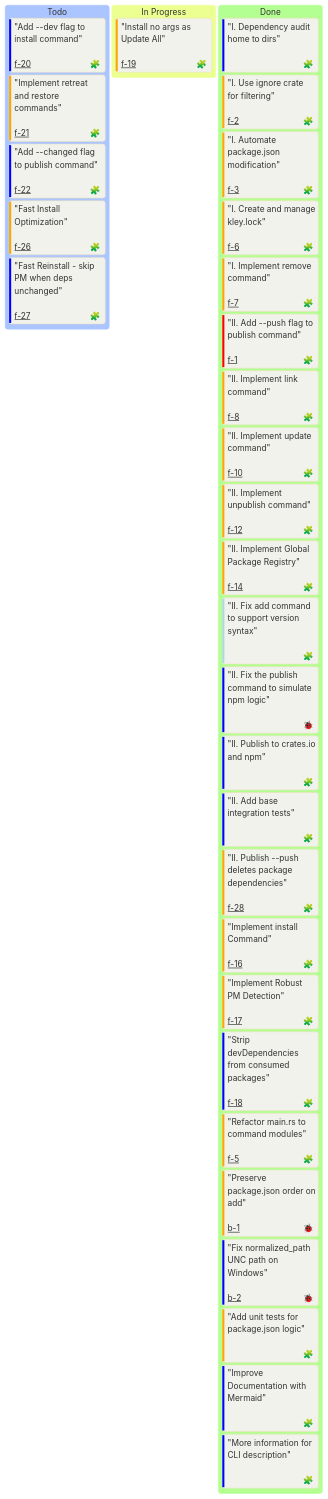
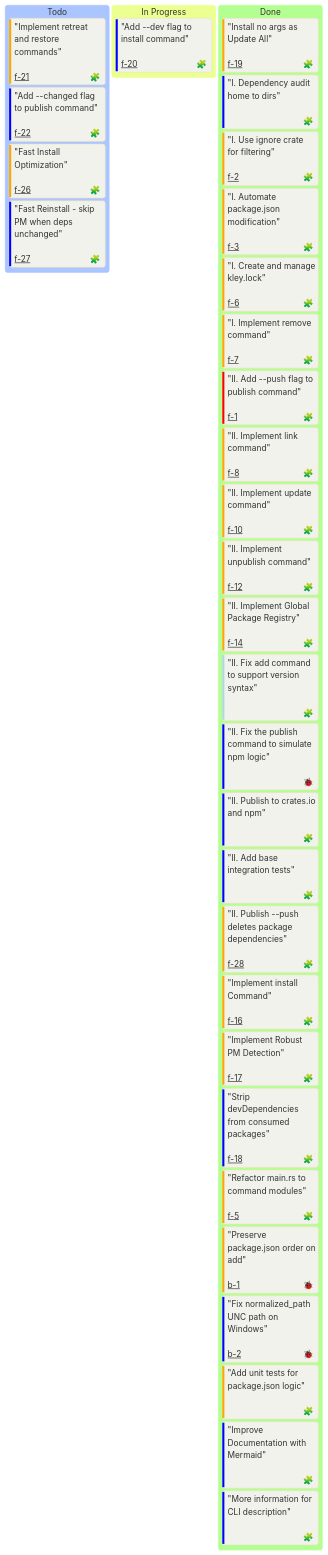
Before and after one commit to sumbad/kley: the diagram in docs/milestones/M1-mvp.md, drawn with Mermaid. The commit also changed other lines of this file and 4 other files, not shown here.

Commit message:
feat: add --dev flag for install command

````diff
--- a/docs/milestones/M1-mvp.md
+++ b/docs/milestones/M1-mvp.md
@@ -17,57 +17,57 @@
 ```mermaid
 ---
 config:
   kanban:
     ticketBaseUrl: 'https://github.com/sumbad/kley/tree/master/docs/tickets/#TICKET#.md'
     
     ### Legend
     # assigned - 🧩 = feat | 🐞 = bug
     # priority - `Very High` = Critical | `High` = High | `Low` = Medium | `Very Low` = Low
     # ticket - used for a ticket file name (tickets/#TICKET#.md)
 ---
 %%{init: {
   'theme': 'base',
   'themeVariables': {
     'darkMode': false,
     'background': '#F0F2EB'
   }
 }}%%
 
 kanban
     Todo
-        "Add --dev flag to install command"<br/><br/>@{ assigned: 🧩, priority: 'Low', ticket: 'f-20' }
         "Implement retreat and restore commands"<br/><br/>@{ assigned: 🧩, priority: 'High', ticket: 'f-21' }
         "Add --changed flag to publish command"<br/><br/>@{ assigned: 🧩, priority: 'Low', ticket: 'f-22' }
         "Fast Install Optimization"<br/><br/>@{ assigned: 🧩, priority: 'High', ticket: 'f-26' }
         "Fast Reinstall - skip PM when deps unchanged"<br/><br/>@{ assigned: 🧩, priority: 'Low', ticket: 'f-27' }
 
     In Progress
-        "Install no args as Update All"<br/><br/>@{ assigned: 🧩, priority: 'High', ticket: 'f-19' }
+        "Add --dev flag to install command"<br/><br/>@{ assigned: 🧩, priority: 'Low', ticket: 'f-20' }
 
     Done
+        "Install no args as Update All"<br/><br/>@{ assigned: 🧩, priority: 'High', ticket: 'f-19' }
         "I. Dependency audit home to dirs"<br/><br/>@{ assigned: 🧩, priority: 'Low' }
         "I. Use ignore crate for filtering"<br/><br/>@{ assigned: 🧩, priority: 'High', ticket: 'f-2' }
         "I. Automate package.json modification"<br/><br/>@{ assigned: 🧩, priority: 'High', ticket: 'f-3' }
         "I. Create and manage kley.lock"<br/><br/>@{ assigned: 🧩, priority: 'High', ticket: 'f-6' }
         "I. Implement remove command"<br/><br/>@{ assigned: 🧩, priority: 'High', ticket: 'f-7' }
         "II. Add --push flag to publish command"<br/><br/>@{ assigned: 🧩, priority: 'Very High', ticket: 'f-1' }
         "II. Implement link command"<br/><br/>@{ assigned: 🧩, priority: 'High', ticket: 'f-8' }
         "II. Implement update command"<br/><br/>@{ assigned: 🧩, priority: 'High', ticket: 'f-10' }
         "II. Implement unpublish command"<br/><br/>@{ assigned: 🧩, priority: 'High', ticket: 'f-12' }
         "II. Implement Global Package Registry"<br/><br/>@{ assigned: 🧩, priority: 'High', ticket: 'f-14' }
         "II. Fix add command to support version syntax"<br/><br/>@{ assigned: 🧩, priority: 'Very Low' }
         "II. Fix the publish command to simulate npm logic"<br/><br/>@{ assigned: 🐞, priority: 'Low' }
         "II. Publish to crates.io and npm"<br/><br/>@{ assigned: 🧩, priority: 'Low' }
         "II. Add base integration tests"<br/><br/>@{ assigned: 🧩, priority: 'Low' }
         "II. Publish --push deletes package dependencies"<br/><br/>@{ assigned: 🧩, priority: 'High', ticket: 'f-28' }
         "Implement install Command"<br/><br/>@{ assigned: 🧩, priority: 'High', ticket: 'f-16' }
         "Implement Robust PM Detection"<br/><br/>@{ assigned: 🧩, priority: 'High', ticket: 'f-17' }
         "Strip devDependencies from consumed packages"<br/><br/>@{ assigned: 🧩, priority: 'Low', ticket: 'f-18' }
         "Refactor main.rs to command modules"<br/><br/>@{ assigned: 🧩, priority: 'High', ticket: 'f-5' }
         "Preserve package.json order on add"<br/><br/>@{ assigned: 🐞, priority: 'High', ticket: 'b-1' }
         "Fix normalized_path UNC path on Windows"<br/><br/>@{ assigned: 🐞, priority: 'Low', ticket: 'b-2' }
         "Add unit tests for package.json logic"<br/><br/>@{ assigned: 🧩, priority: 'High' }
         "Improve Documentation with Mermaid"<br/><br/>@{ assigned: 🧩, priority: 'Low' }
         "More information for CLI description"<br/><br/>@{ assigned: 🧩, priority: 'Low' }
 
 ```
````
